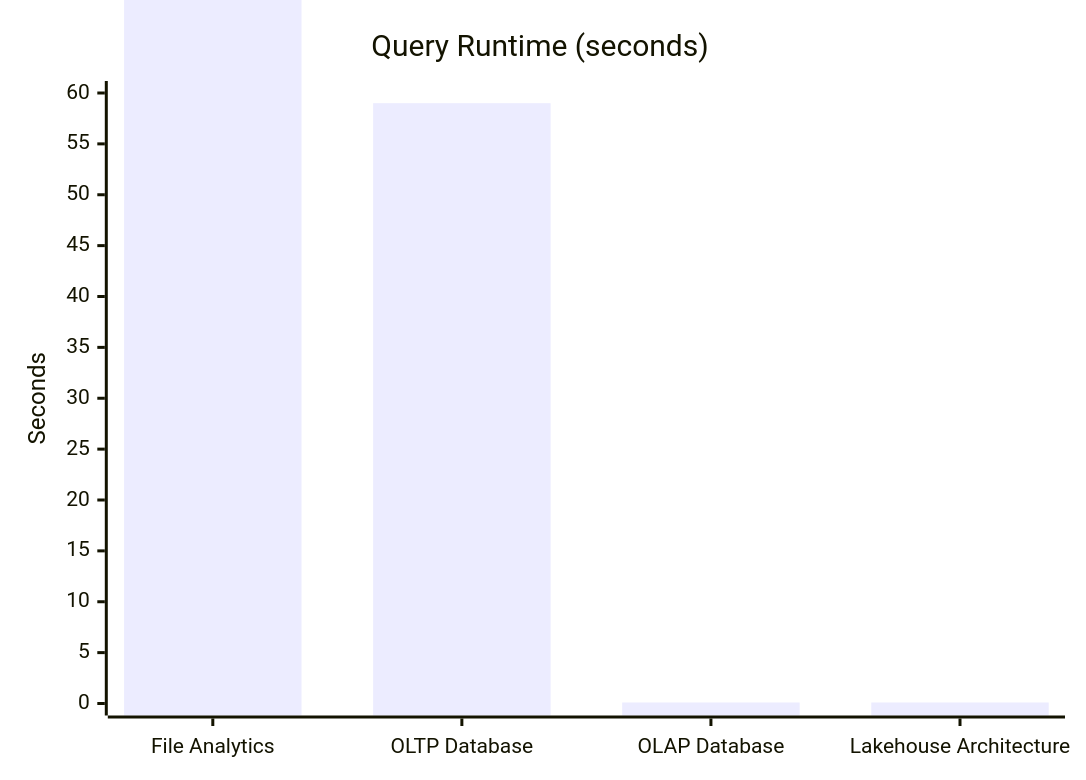
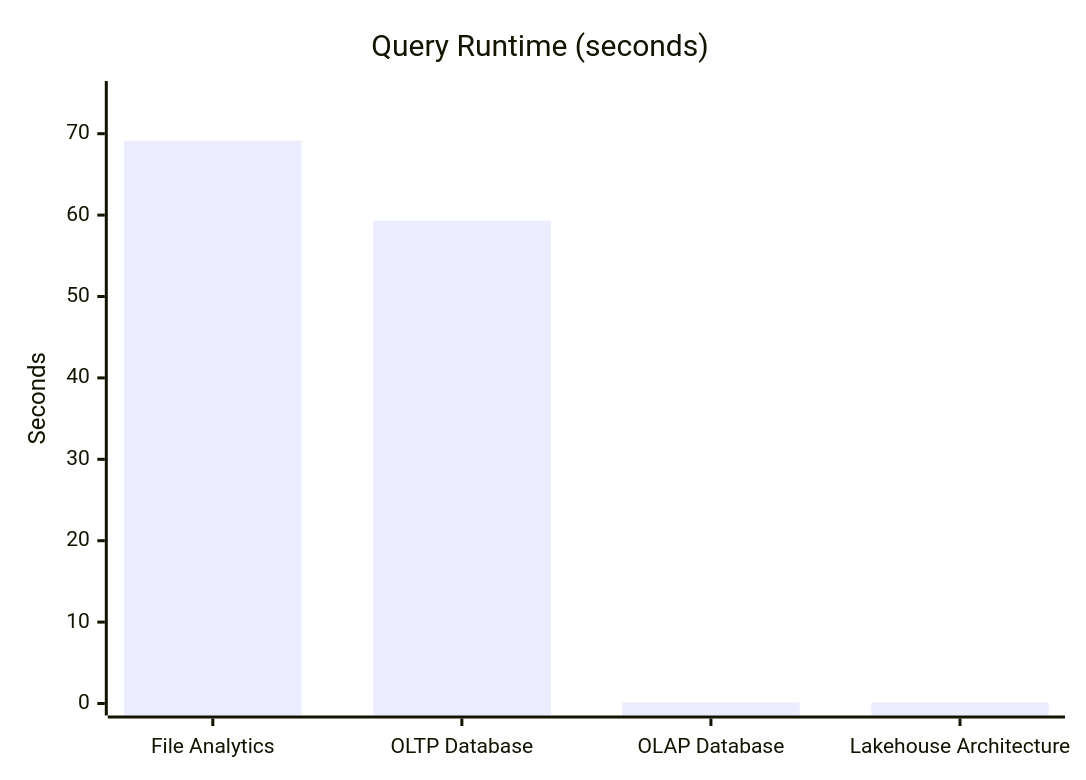
Before and after one commit to Rez99/data-engineering-portfolio: the second of 2 diagrams in project-1-lakehouse/README.md, drawn with Mermaid. The commit also changed other lines of this file, not shown here.

Commit message:
Refactor README.md for clarity and consistency in project description and architecture details

````diff
--- a/project-1-lakehouse/README.md
+++ b/project-1-lakehouse/README.md
@@ -114,7 +109,7 @@
 ```mermaid
 xychart-beta
     title "Query Runtime (seconds)"
     x-axis ["File Analytics", "OLTP Database", "OLAP Database", "Lakehouse Architecture"]
-    y-axis "Seconds" 0 --> 60
-    bar [70, 59, 0.1, 0.1]
+    y-axis "Seconds" 0 --> 75
+    bar [69.13, 59.32, 0.13, 0.13]
 ```
````
